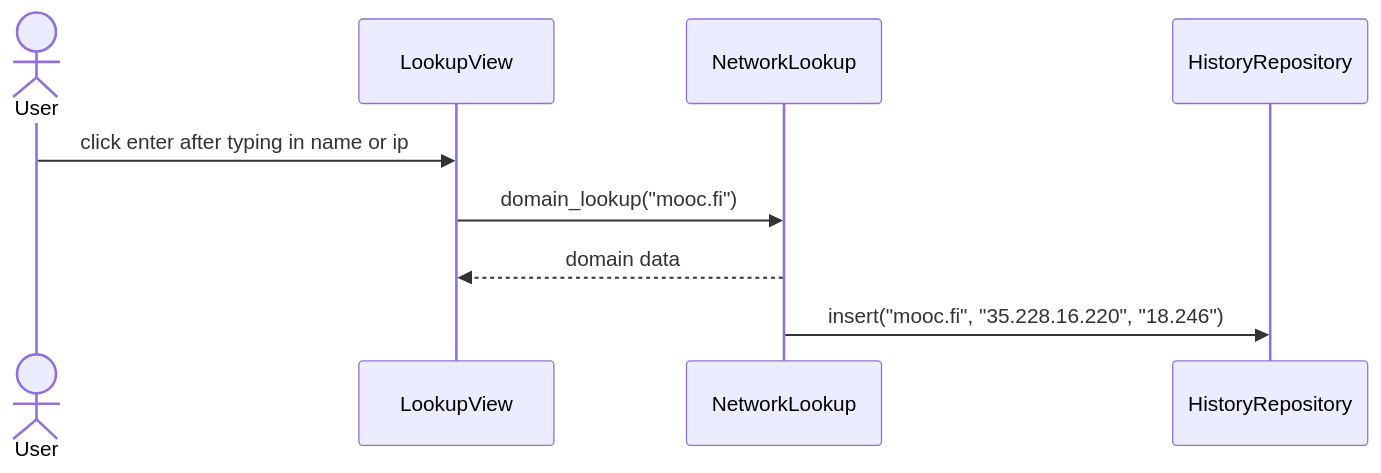
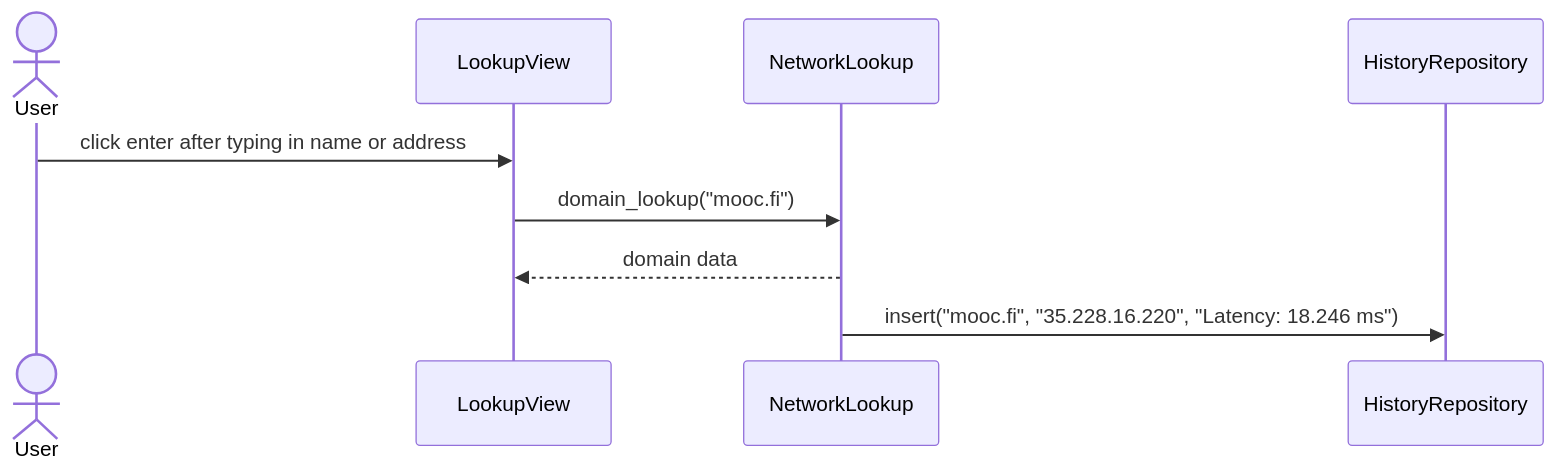
One commit to weverhall/ot-harjoitustyo changed the third of 4 diagrams in dokumentaatio/arkkitehtuuri.md. Above: the diagram before and after it, drawn with Mermaid. The commit also changed 1 other file, not shown here.

Commit message:
wk7 parsing

````diff
--- a/dokumentaatio/arkkitehtuuri.md
+++ b/dokumentaatio/arkkitehtuuri.md
@@ -51,11 +51,11 @@
 ```mermaid
 sequenceDiagram
     actor User
     participant LookupView
     participant NetworkLookup
     participant HistoryRepository
-    User->>LookupView: click enter after typing in name or ip
+    User->>LookupView: click enter after typing in name or address
     LookupView->>NetworkLookup: domain_lookup("mooc.fi")
     NetworkLookup-->>LookupView: domain data
-    NetworkLookup->>HistoryRepository: insert("mooc.fi", "35.228.16.220", "18.246")
+    NetworkLookup->>HistoryRepository: insert("mooc.fi", "35.228.16.220", "Latency: 18.246 ms")
 ```
````
